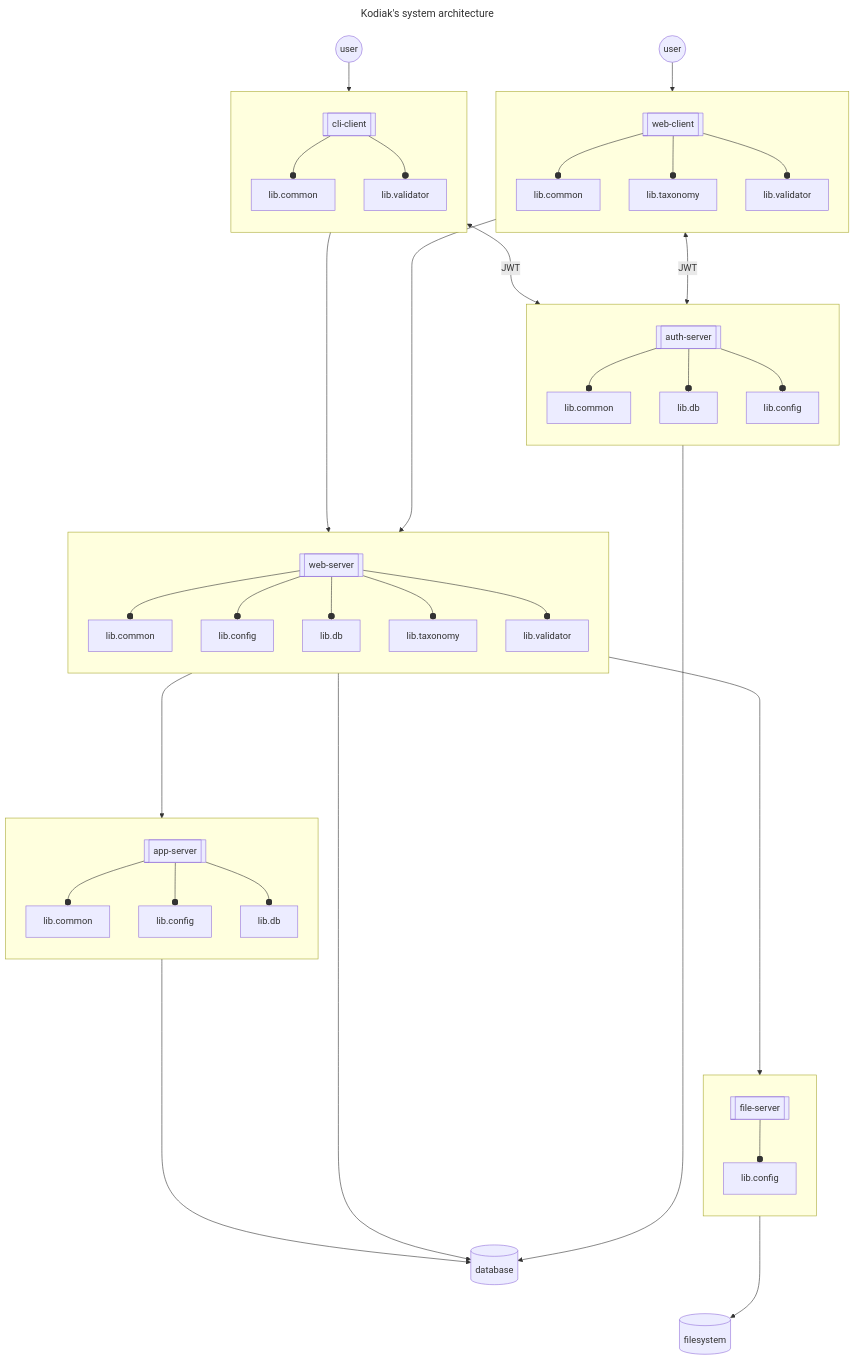
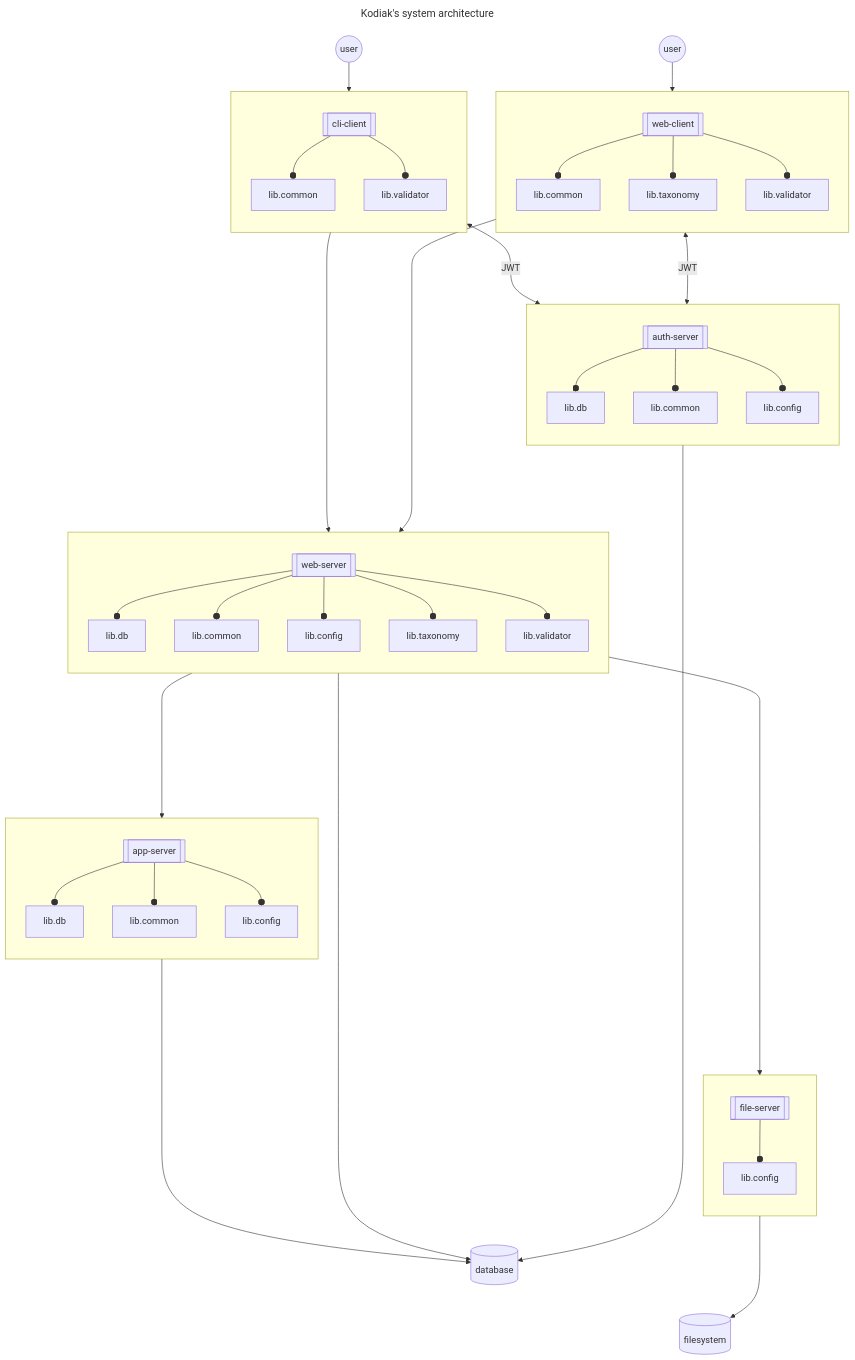
One commit to polarlabs/kodiak-diagrams changed the diagram in SYSTEM-ARCHITECTURE.md. Above: the diagram before and after it, drawn with Mermaid.

Commit message:
mod: optimize order of libs.

````diff
--- a/SYSTEM-ARCHITECTURE.md
+++ b/SYSTEM-ARCHITECTURE.md
@@ -5,54 +5,54 @@
 ```mermaid
 ---
 title: Kodiak's system architecture
 ---
 flowchart TB
   subgraph user-web[ ]
     direction TB  
     web-client[[web-client]] --o web-client.lib.common[lib.common]
     web-client               --o web-client.lib.taxonomy[lib.taxonomy]
     web-client               --o web-client.lib.validator[lib.validator]
   end
   subgraph user-cli[ ]
     direction TB
     cli-client[[cli-client]] --o cli-client.lib.common[lib.common]
     cli-client               --o cli-client.lib.validator[lib.validator]
   end
   subgraph auth-server[ ]
     direction TB
-    auth-server.api[[auth-server]] --o auth-server.lib.common[lib.common]
-    auth-server.api                --o auth-server.lib.db[lib.db]
+    auth-server.api[[auth-server]] --o auth-server.lib.db[lib.db]
+    auth-server.api                --o auth-server.lib.common[lib.common]
     auth-server.api                --o auth-server.lib.config[lib.config]
   end
   subgraph file-server[ ]
     direction TB
     file-server.api[[file-server]] --o file-server.lib.config[lib.config]
   end
   subgraph web-server[ ]
     direction TB
-    web-server.api[[web-server]] --o web-server.lib.common[lib.common]
+    web-server.api[[web-server]] --o web-server.lib.db[lib.db]
+    web-server.api               --o web-server.lib.common[lib.common]
     web-server.api               --o web-server.lib.config[lib.config]
-    web-server.api               --o web-server.lib.db[lib.db]
     web-server.api               --o web-server.lib.taxonomy[lib.taxonomy]
     web-server.api               --o web-server.lib.validator[lib.validator]
   end
   subgraph app-server[ ]
     direction TB
-    app-server.api[[app-server]] --o app-server.lib.common[lib.common]
+    app-server.api[[app-server]] --o app-server.lib.db[lib.db]
+    app-server.api               --o app-server.lib.common[lib.common]
     app-server.api               --o app-server.lib.config[lib.config]
-    app-server.api               --o app-server.lib.db[lib.db]
   end
   web-user((user)) -->           web-client
   web-client       <-- JWT --->  auth-server.api
   web-client       ------>       web-server.api
   cli-user((user)) -->           cli-client
   cli-client       <-- JWT --->  auth-server.api
   cli-client       ------>       web-server.api
   web-server.api   ------>       app-server.api
   web-server.api   ------>       file-server.api
   file-server      --->          filesystem[(filesystem)]
   auth-server      -->           database[(database)]
   web-server       ---->         database
   app-server       ------>       database
   database         ~~~           filesystem
 ```
````
